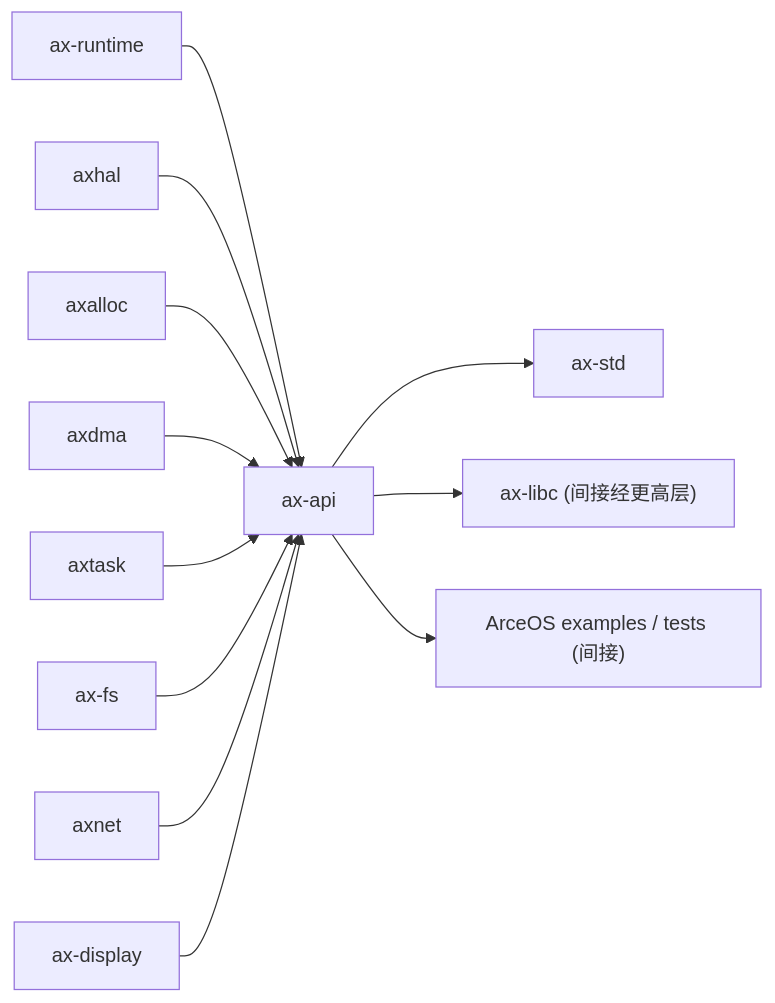
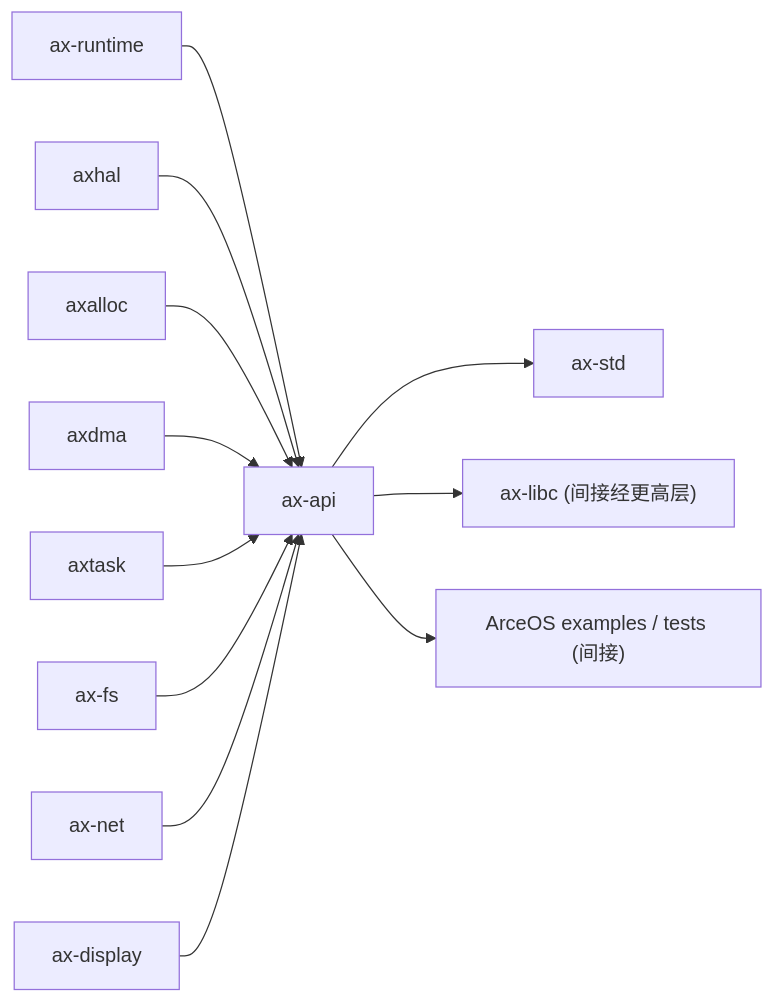
One commit to zKurisu/tgoskits changed the diagram in docs/crates/arceos_api.md. Above: the diagram before and after it, drawn with Mermaid. The commit also changed other lines of this file and 44 other files, not shown here.

Commit message:
rename axnet to ax-net

````diff
--- a/docs/crates/arceos_api.md
+++ b/docs/crates/arceos_api.md
@@ -110,15 +110,15 @@
 ```mermaid
 graph LR
     ax-runtime["ax-runtime"] --> ax-api["ax-api"]
     axhal["axhal"] --> ax-api
     axalloc["axalloc"] --> ax-api
     axdma["axdma"] --> ax-api
     axtask["axtask"] --> ax-api
     ax-fs["ax-fs"] --> ax-api
-    axnet["axnet"] --> ax-api
+    ax-net["ax-net"] --> ax-api
     ax-display["ax-display"] --> ax-api
 
     ax-api --> ax-std["ax-std"]
     ax-api --> ax-libc["ax-libc (间接经更高层)"]
     ax-api --> arceos_examples["ArceOS examples / tests (间接)"]
 ```
````
